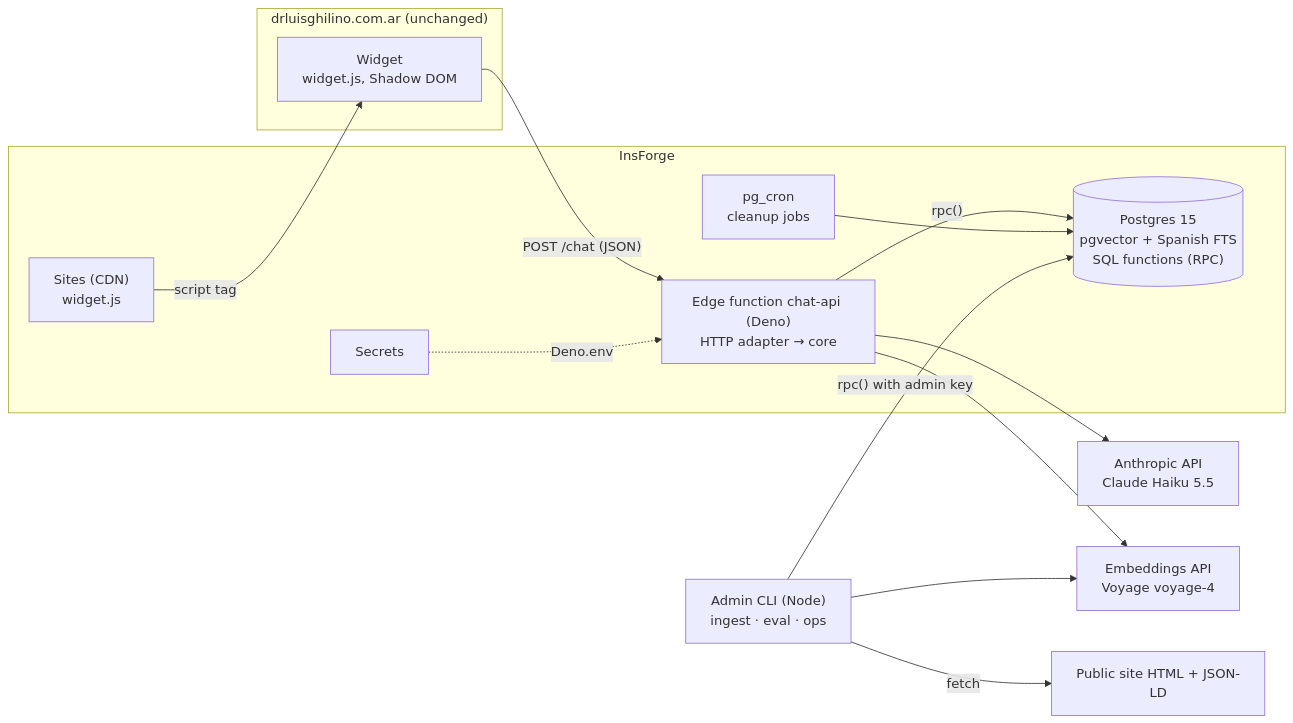
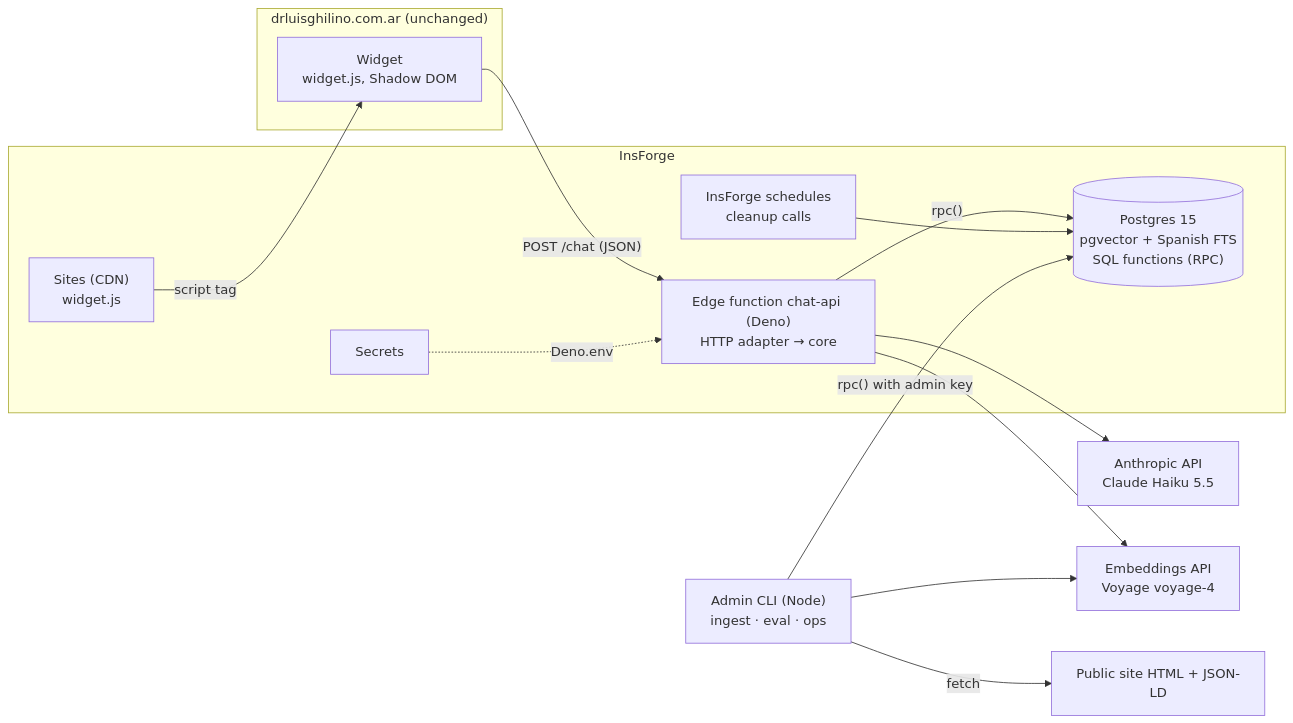
Before and after one commit to tomasghilino/dr-ghilino-assistant: the first of 2 diagrams in ARCHITECTURE.md, drawn with Mermaid. The commit also changed other lines of this file and 25 other files, not shown here.

First line of the commit message:
Connect the project to InsForge and lock down the schema

````diff
--- a/ARCHITECTURE.md
+++ b/ARCHITECTURE.md
@@ -27,28 +27,28 @@
 ```mermaid
 flowchart LR
   subgraph Browser["drluisghilino.com.ar (unchanged)"]
     W["Widget<br/>widget.js, Shadow DOM"]
   end
   subgraph InsForge
     S["Sites (CDN)<br/>widget.js"]
     F["Edge function chat-api (Deno)<br/>HTTP adapter → core"]
     DB[("Postgres 15<br/>pgvector + Spanish FTS<br/>SQL functions (RPC)")]
-    CRON["pg_cron<br/>cleanup jobs"]
+    CRON["InsForge schedules<br/>cleanup calls"]
     SEC["Secrets"]
   end
   A["Anthropic API<br/>Claude Haiku 5.5"]
   E["Embeddings API<br/>Voyage voyage-4"]
   CLI["Admin CLI (Node)<br/>ingest · eval · ops"]
   SITE["Public site HTML + JSON-LD"]
 
   S -- "script tag" --> W
   W -- "POST /chat (JSON)" --> F
   F -- "rpc()" --> DB
   F --> A
   F --> E
   SEC -. "Deno.env" .-> F
   CRON --> DB
   CLI -- "fetch" --> SITE
   CLI --> E
   CLI -- "rpc() with admin key" --> DB
 ```
````
